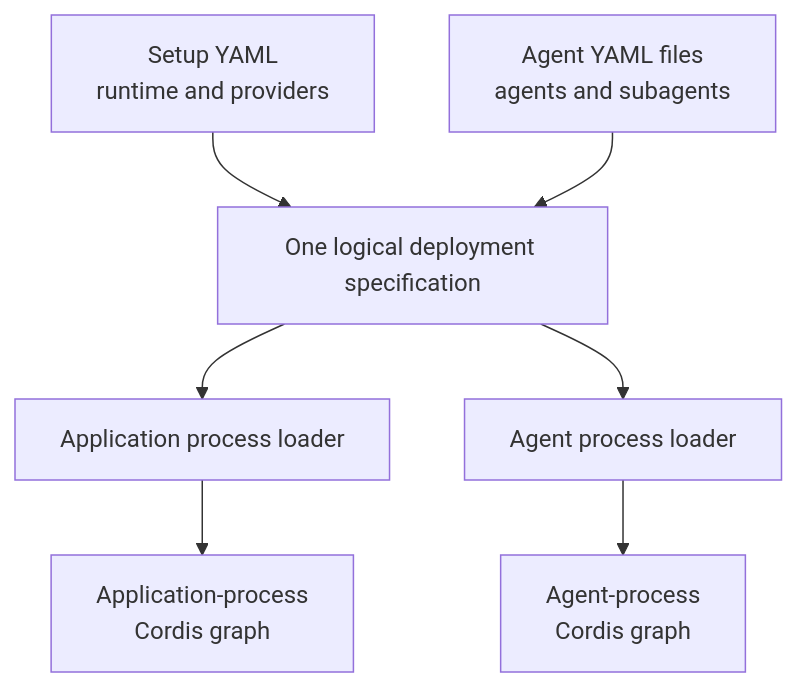
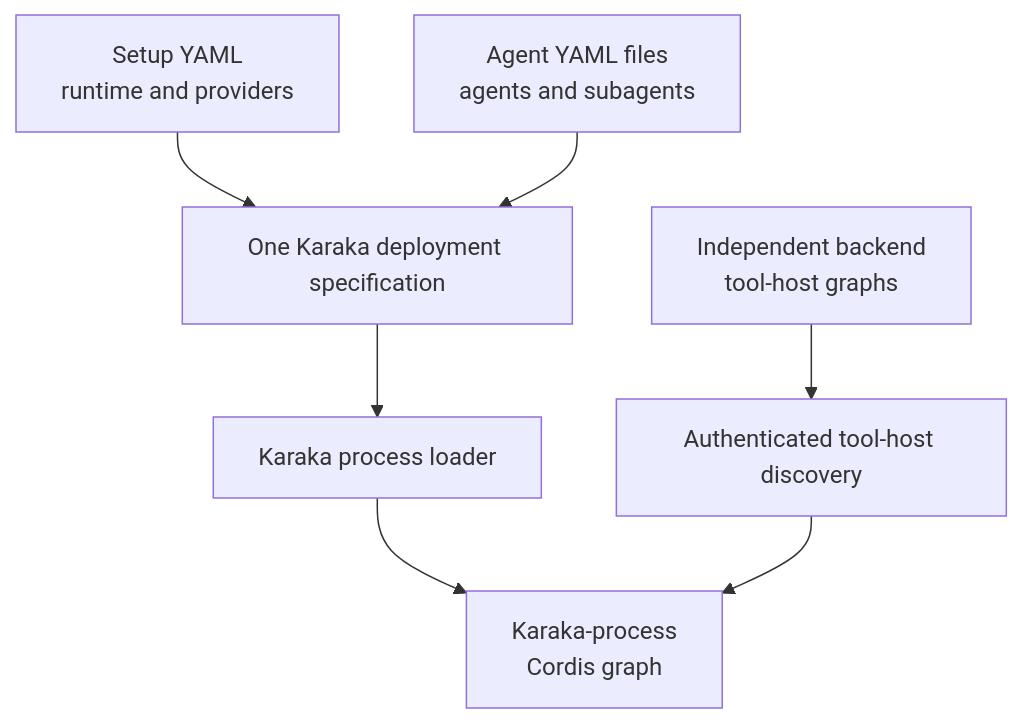
Before and after one commit to karaka-ai/karaka: the first of 6 diagrams in docs/architecture.md, drawn with Mermaid. The commit also changed other lines of this file and 2 other files, not shown here.

Commit message:
docs: define agent plugin compositions

````diff
--- a/docs/architecture.md
+++ b/docs/architecture.md
@@ -26,17 +26,17 @@
 ```mermaid
 flowchart TB
   Setup["Setup YAML<br/>runtime and providers"]
   Agents["Agent YAML files<br/>agents and subagents"]
-  Spec["One logical deployment specification"]
-  AppLoader["Application process loader"]
-  AgentLoader["Agent process loader"]
-  AppGraph["Application-process<br/>Cordis graph"]
-  AgentGraph["Agent-process<br/>Cordis graph"]
+  Spec["One Karaka deployment specification"]
+  AgentLoader["Karaka process loader"]
+  AgentGraph["Karaka-process<br/>Cordis graph"]
+  Discovery["Authenticated tool-host discovery"]
+  ServiceGraphs["Independent backend<br/>tool-host graphs"]
 
   Setup --> Spec
   Agents --> Spec
-  Spec --> AppLoader
   Spec --> AgentLoader
-  AppLoader --> AppGraph
   AgentLoader --> AgentGraph
+  ServiceGraphs --> Discovery
+  Discovery --> AgentGraph
 ```
````
